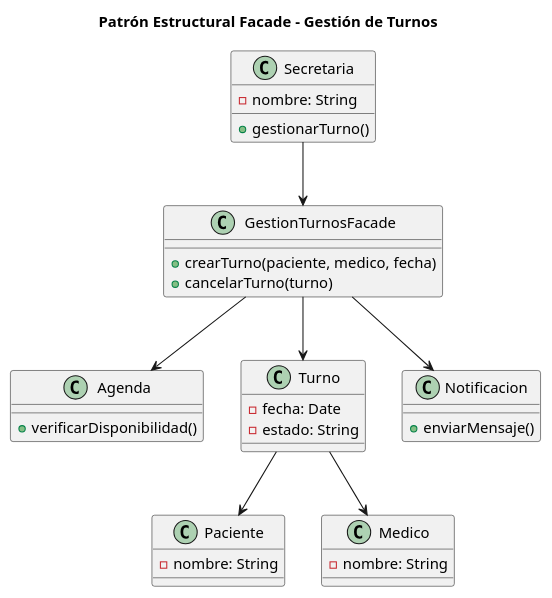
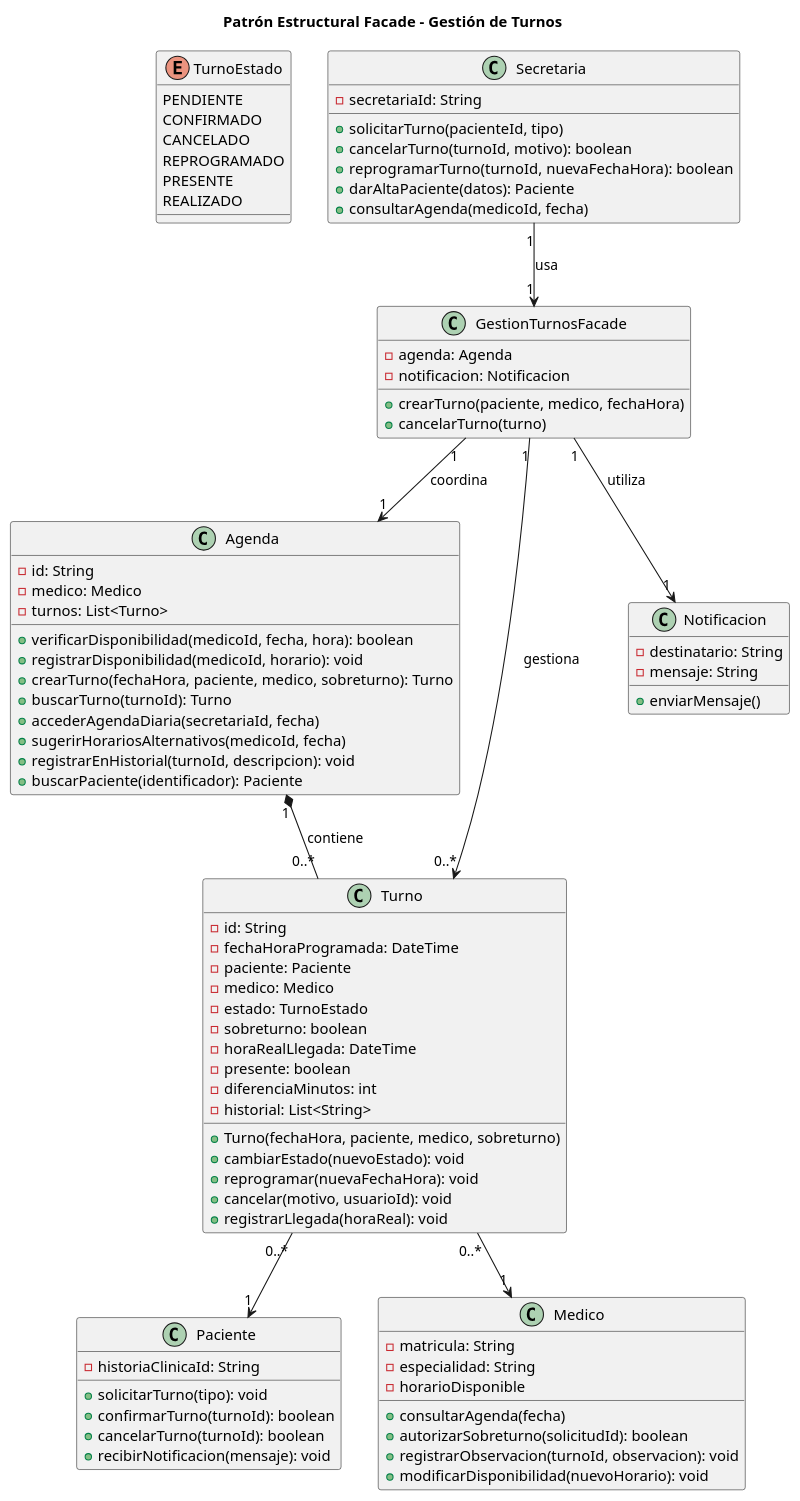
Before and after one commit to nataliacarreras96git/SistemaTurnosMedicos: the diagram in diagramas/01-diagrama-clases/01-patron-estructural-facade.puml, drawn with PlantUML. The commit also changed 1 other file, not shown here.

Commit message:
Corrige observaciones del diagrama Facade

```diff
--- a/diagramas/01-diagrama-clases/01-patron-estructural-facade.puml
+++ b/diagramas/01-diagrama-clases/01-patron-estructural-facade.puml
@@ -1,62 +1,104 @@
 @startuml 01-patron-estructural-facade
 
 title Patrón Estructural Facade - Gestión de Turnos
 
+enum TurnoEstado {
+  PENDIENTE
+  CONFIRMADO
+  CANCELADO
+  REPROGRAMADO
+  PRESENTE
+  REALIZADO
+}
 
 class Secretaria {
-    -nombre: String
-    
-    +gestionarTurno()
+    -secretariaId: String
+
+    +solicitarTurno(pacienteId, tipo)
+    +cancelarTurno(turnoId, motivo): boolean
+    +reprogramarTurno(turnoId, nuevaFechaHora): boolean
+    +darAltaPaciente(datos): Paciente
+    +consultarAgenda(medicoId, fecha)
 }
 
+class GestionTurnosFacade {
+    -agenda: Agenda
+    -notificacion: Notificacion
 
-class GestionTurnosFacade {
-
-    +crearTurno(paciente, medico, fecha)
+    +crearTurno(paciente, medico, fechaHora)
     +cancelarTurno(turno)
 }
 
+class Agenda {
+    -id: String
+    -medico: Medico
+    -turnos: List<Turno>
 
-class Agenda {
-
-    +verificarDisponibilidad()
+    +verificarDisponibilidad(medicoId, fecha, hora): boolean
+    +registrarDisponibilidad(medicoId, horario): void
+    +crearTurno(fechaHora, paciente, medico, sobreturno): Turno
+    +buscarTurno(turnoId): Turno
+    +accederAgendaDiaria(secretariaId, fecha)
+    +sugerirHorariosAlternativos(medicoId, fecha)
+    +registrarEnHistorial(turnoId, descripcion): void
+    +buscarPaciente(identificador): Paciente
 }
 
+class Turno {
+    -id: String
+    -fechaHoraProgramada: DateTime
+    -paciente: Paciente
+    -medico: Medico
+    -estado: TurnoEstado
+    -sobreturno: boolean
+    -horaRealLlegada: DateTime
+    -presente: boolean
+    -diferenciaMinutos: int
+    -historial: List<String>
 
-class Turno {
-
-    -fecha: Date
-    -estado: String
-
+    +Turno(fechaHora, paciente, medico, sobreturno)
+    +cambiarEstado(nuevoEstado): void
+    +reprogramar(nuevaFechaHora): void
+    +cancelar(motivo, usuarioId): void
+    +registrarLlegada(horaReal): void
 }
 
+class Paciente {
+    -historiaClinicaId: String
 
-class Paciente {
-
-    -nombre: String
+    +solicitarTurno(tipo): void
+    +confirmarTurno(turnoId): boolean
+    +cancelarTurno(turnoId): boolean
+    +recibirNotificacion(mensaje): void
 }
 
+class Medico {
+    -matricula: String
+    -especialidad: String
+    -horarioDisponible
 
-class Medico {
-
-    -nombre: String
+    +consultarAgenda(fecha)
+    +autorizarSobreturno(solicitudId): boolean
+    +registrarObservacion(turnoId, observacion): void
+    +modificarDisponibilidad(nuevoHorario): void
 }
 
-
 class Notificacion {
+    -destinatario: String
+    -mensaje: String
 
     +enviarMensaje()
 }
 
+Secretaria "1" --> "1" GestionTurnosFacade : usa
 
-Secretaria --> GestionTurnosFacade
+GestionTurnosFacade "1" --> "1" Agenda : coordina
+GestionTurnosFacade "1" --> "0..*" Turno : gestiona
+GestionTurnosFacade "1" --> "1" Notificacion : utiliza
 
-GestionTurnosFacade --> Agenda
-GestionTurnosFacade --> Turno
-GestionTurnosFacade --> Notificacion
+Agenda "1" *-- "0..*" Turno : contiene
 
-Turno --> Paciente
-Turno --> Medico
-
+Turno "0..*" --> "1" Paciente
+Turno "0..*" --> "1" Medico
 
 @enduml
```
